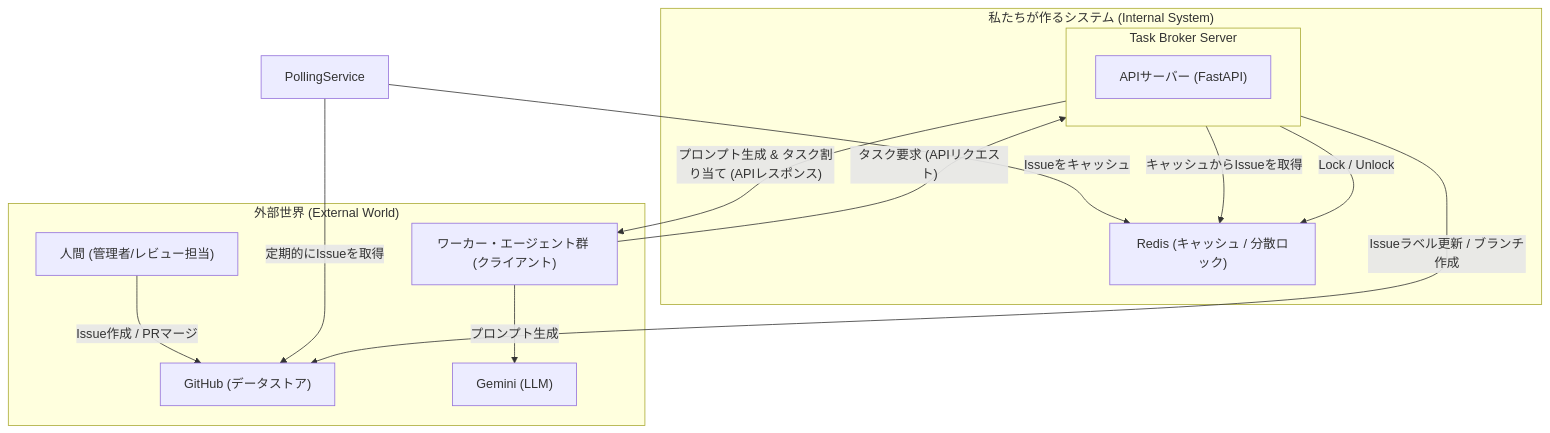
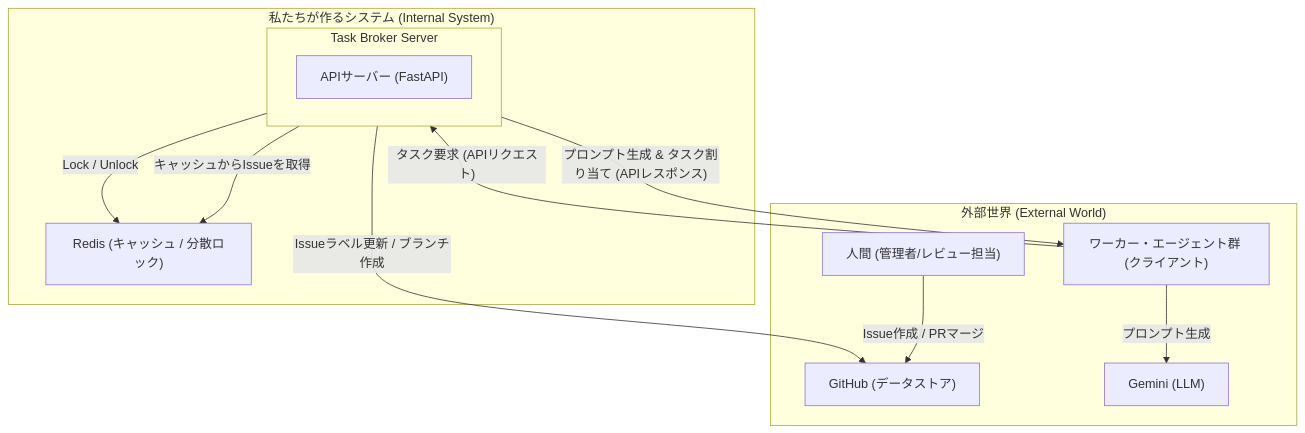
Before and after one commit to masa-codehub/github_broker: the first of 2 diagrams in docs/architecture/system_context.md, drawn with Mermaid. The commit also changed 1 other file, not shown here.

Commit message:
docs: レビュー指摘を反映し、シーケンス図を修正

````diff
--- a/docs/architecture/system_context.md
+++ b/docs/architecture/system_context.md
@@ -33,30 +33,27 @@
 ```mermaid
 graph TD
     subgraph "外部世界 (External World)"
         Human["人間 (管理者/レビュー担当)"]
         Workers["ワーカー・エージェント群 (クライアント)"]
         GitHub["GitHub (データストア)"]
         Gemini["Gemini (LLM)"]
     end
 
     subgraph "私たちが作るシステム (Internal System)"
         subgraph "Task Broker Server"
             direction LR
             ApiServer["APIサーバー (FastAPI)"]
         end
         Redis["Redis (キャッシュ / 分散ロック)"]
     end
 
     %% システム間の連携
     Human -- "Issue作成 / PRマージ" --> GitHub
     Workers -- "タスク要求 (APIリクエスト)" --> ApiServer
     ApiServer -- "プロンプト生成 & タスク割り当て (APIレスポンス)" --> Workers
     Workers -- "プロンプト生成" --> Gemini
 
-    PollingService -- "定期的にIssueを取得" --> GitHub
-    PollingService -- "Issueをキャッシュ" --> Redis
-
     ApiServer -- "キャッシュからIssueを取得" --> Redis
     ApiServer -- "Lock / Unlock" --> Redis
     ApiServer -- "Issueラベル更新 / ブランチ作成" --> GitHub
 ```
````
